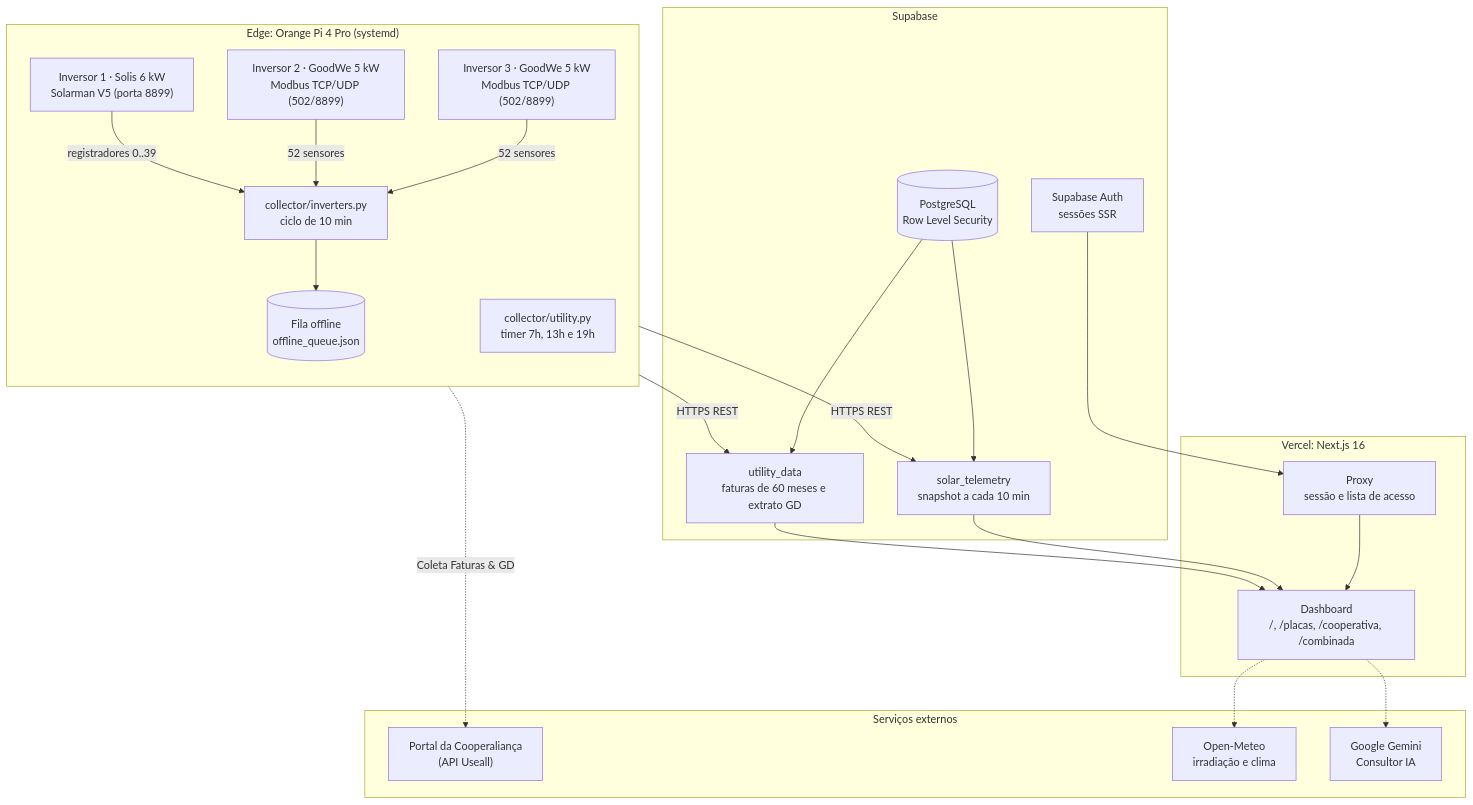
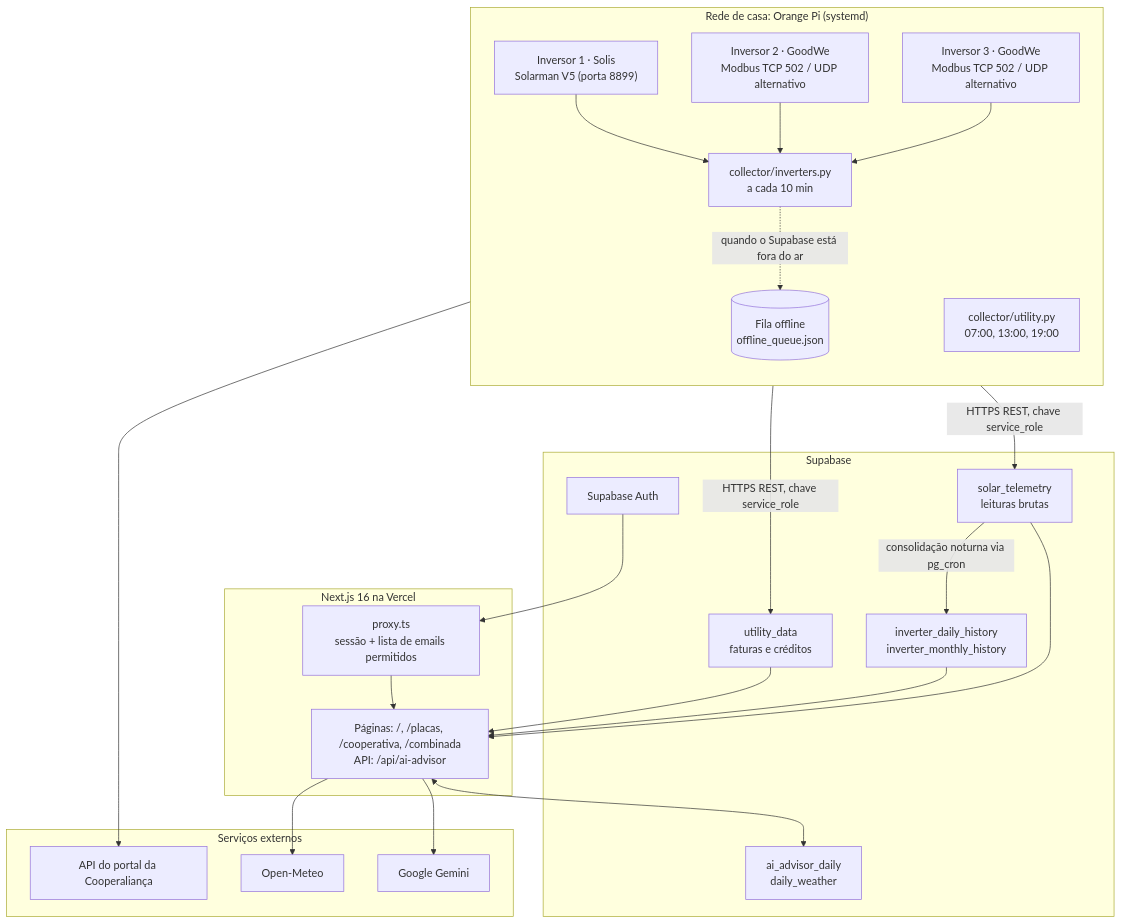
The diagram in README.pt-BR.md (DiegoHahn/Solar-hub), drawn with Mermaid before and after one commit. The commit also changed other lines of this file and 2 other files, not shown here.

````diff
--- a/README.pt-BR.md
+++ b/README.pt-BR.md
@@ -59,50 +56,50 @@
 ```mermaid
 flowchart TB
-    subgraph Edge["Edge: Orange Pi 4 Pro (systemd)"]
+    subgraph Edge["Rede de casa: Orange Pi (systemd)"]
         direction TB
-        INV1["Inversor 1 · Solis 6 kW\nSolarman V5 (porta 8899)"]
-        INV2["Inversor 2 · GoodWe 5 kW\nModbus TCP/UDP (502/8899)"]
-        INV3["Inversor 3 · GoodWe 5 kW\nModbus TCP/UDP (502/8899)"]
+        INV1["Inversor 1 · Solis<br/>Solarman V5 (porta 8899)"]
+        INV2["Inversor 2 · GoodWe<br/>Modbus TCP 502 / UDP alternativo"]
+        INV3["Inversor 3 · GoodWe<br/>Modbus TCP 502 / UDP alternativo"]
 
-        COLLECTOR["collector/inverters.py\nciclo de 10 min"]
-        UTILITY["collector/utility.py\ntimer 7h, 13h e 19h"]
-        RETRY_QUEUE[("Fila offline\noffline_queue.json")]
+        COLLECTOR["collector/inverters.py<br/>a cada 10 min"]
+        UTILITY["collector/utility.py<br/>07:00, 13:00, 19:00"]
+        QUEUE[("Fila offline<br/>offline_queue.json")]
 
-        INV1 -->|registradores 0..39| COLLECTOR
-        INV2 -->|52 sensores| COLLECTOR
-        INV3 -->|52 sensores| COLLECTOR
-
-        COLLECTOR --> RETRY_QUEUE
+        INV1 --> COLLECTOR
+        INV2 --> COLLECTOR
+        INV3 --> COLLECTOR
+        COLLECTOR -. "quando o Supabase está fora do ar" .-> QUEUE
     end
 
     subgraph Cloud["Supabase"]
-        POSTGRES[("PostgreSQL\nRow Level Security")]
-        TABLE_TEL["solar_telemetry\nsnapshot a cada 10 min"]
-        TABLE_UTL["utility_data\nfaturas de 60 meses e extrato GD"]
-        AUTH["Supabase Auth\nsessões SSR"]
-
-        POSTGRES --> TABLE_TEL
-        POSTGRES --> TABLE_UTL
+        TABLE_TEL["solar_telemetry<br/>leituras brutas"]
+        TABLE_HIST["inverter_daily_history<br/>inverter_monthly_history"]
+        TABLE_UTL["utility_data<br/>faturas e créditos"]
+        TABLE_CACHE["ai_advisor_daily<br/>daily_weather"]
+        AUTH["Supabase Auth"]
+        TABLE_TEL -- "consolidação noturna via pg_cron" --> TABLE_HIST
     end
 
     subgraph External["Serviços externos"]
-        COOP_API["Portal da Cooperaliança\n(API Useall)"]
-        OPEN_METEO["Open-Meteo\nirradiação e clima"]
-        GEMINI["Google Gemini\nConsultor IA"]
+        COOP_API["API do portal da Cooperaliança"]
+        OPEN_METEO["Open-Meteo"]
+        GEMINI["Google Gemini"]
     end
 
-    subgraph Frontend["Vercel: Next.js 16"]
-        DASH["Dashboard\n/, /placas, /cooperativa, /combinada"]
-        PROXY["Proxy\nsessão e lista de acesso"]
+    subgraph Frontend["Next.js 16 na Vercel"]
+        PROXY["proxy.ts<br/>sessão + lista de emails permitidos"]
+        DASH["Páginas: /, /placas, /cooperativa, /combinada<br/>API: /api/ai-advisor"]
     end
 
-    COLLECTOR -->|HTTPS REST| TABLE_TEL
-    UTILITY -->|HTTPS REST| TABLE_UTL
-    UTILITY -.->|Coleta Faturas & GD| COOP_API
-    DASH -.-> OPEN_METEO
-    DASH -.-> GEMINI
+    COLLECTOR -->|HTTPS REST, chave service_role| TABLE_TEL
+    UTILITY -->|HTTPS REST, chave service_role| TABLE_UTL
+    UTILITY --> COOP_API
+    AUTH --> PROXY
     PROXY --> DASH
-    AUTH --> PROXY
     TABLE_TEL --> DASH
+    TABLE_HIST --> DASH
     TABLE_UTL --> DASH
+    DASH <--> TABLE_CACHE
+    DASH --> OPEN_METEO
+    DASH --> GEMINI
 ```
````
